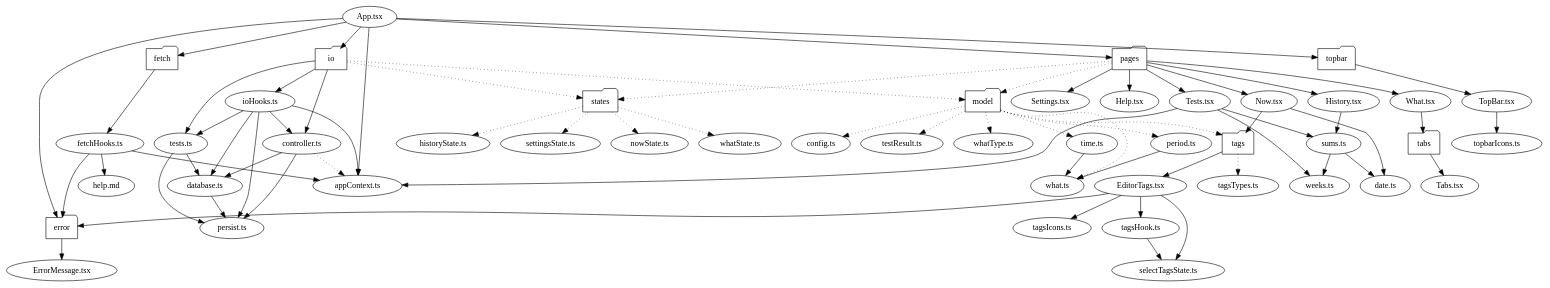
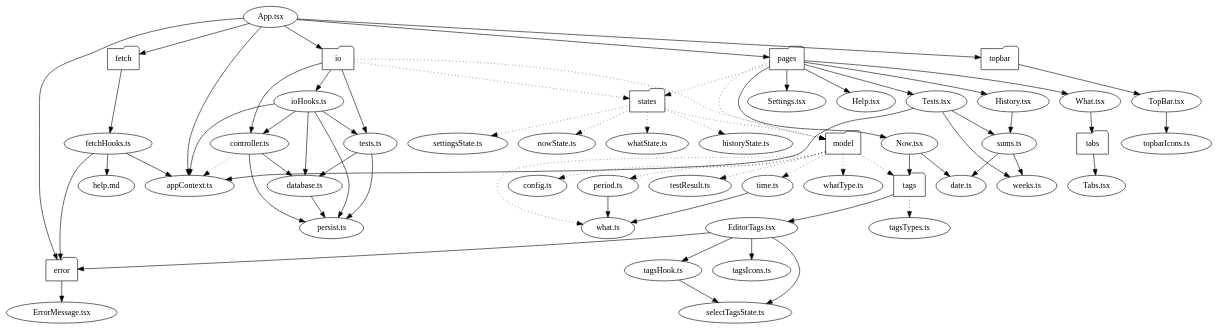
Before and after one commit to cwellsx/time: the diagram in dependencies/dependencies.dot, drawn with Graphviz. The commit also changed 6 other files, not shown here.

Commit message:
Refsctor NowState to have one saveWhat method

```diff
--- a/dependencies/dependencies.dot
+++ b/dependencies/dependencies.dot
@@ -1,69 +1,69 @@
 digraph SRC {
   "App.tsx" -> {"error" "fetch" "io" "pages" "topbar" "appContext.ts"};
   "appContext.ts" -> {};
 
   "error" [shape=folder];
   "fetch" [shape=folder];
   "io" [shape=folder];
   "model" [shape=folder];
   "pages" [shape=folder];
   "states" [shape=folder];
   "tabs" [shape=folder];
   "tags" [shape=folder];
   "topbar" [shape=folder];
   
   "error" -> {"ErrorMessage.tsx"};
   "ErrorMessage.tsx" -> {};
 
   "fetch" -> {"fetchHooks.ts"};
   "fetchHooks.ts" -> {"error" "help.md" "appContext.ts"}
   "help.md" -> {}
 
   "io" -> {"controller.ts" "ioHooks.ts" "tests.ts"};
   "io" -> {"model" "states"} [style=dotted];
   "controller.ts" -> {"persist.ts" "database.ts"};
   "controller.ts" -> {"appContext.ts"} [style=dotted];
   "database.ts" -> {"persist.ts"};
   "ioHooks.ts" -> {"controller.ts" "database.ts" "persist.ts" "tests.ts" "appContext.ts"};
   "tests.ts" -> {"database.ts" "persist.ts"};
   "persist.ts" -> {}
 
   "model" -> {"config.ts" "period.ts" "testResult.ts" "time.ts" "tags" "whatType.ts" "what.ts"} [style=dotted];
   "config.ts" -> {};
   "period.ts" -> {"what.ts"};
   "testResult.ts" -> {};
   "time.ts" -> {"what.ts"};
   "what.ts" -> {};
   "whatType.ts" -> {};
 
   "pages" -> {"Now.tsx" "What.tsx" "History.tsx" "Settings.tsx" "Help.tsx" "Tests.tsx"};
   "pages" -> {"model" "states"} [style=dotted];
   "date.ts" -> {};
   "Now.tsx" -> {"date.ts" "tags"};
   "What.tsx" -> {"tabs"};
   "History.tsx" -> {"sums.ts"};
   "Settings.tsx" -> {};
   "Help.tsx" -> {};
   "Tests.tsx" -> {"weeks.ts" "sums.ts" "appContext.ts"};
   "sums.ts" -> {"weeks.ts" "date.ts"};
 
-  "states" -> {"nowState.ts" "whatState.ts" "historyState.ts" "settingsState.ts"} [style=dotted];
+  "states" -> {"nowState.ts" "whatState.ts" "historyState.ts" "settingsState.ts" "model"} [style=dotted];
   "nowState.ts" -> {};
   "whatState.ts" -> {};
   "historyState.ts" -> {};
   "settingsState.ts" -> {};
 
   "tabs" -> {"Tabs.tsx"};
   "Tabs.tsx" -> {};
 
   "tags" -> {"EditorTags.tsx"};
   "tags" -> {"tagsTypes.ts"} [style=dotted];
   "EditorTags.tsx" -> {"error" "selectTagsState.ts" "tagsHook.ts" "tagsIcons.ts"};
   "tagsHook.ts" -> {"selectTagsState.ts"};
   "tagsIcons.ts" -> {};
   "tagsTypes.ts" -> {};
 
   "topbar" -> {"TopBar.tsx"};
   "TopBar.tsx" -> {"topbarIcons.ts"};
   "topbarIcons.ts" -> {};
 }
```
